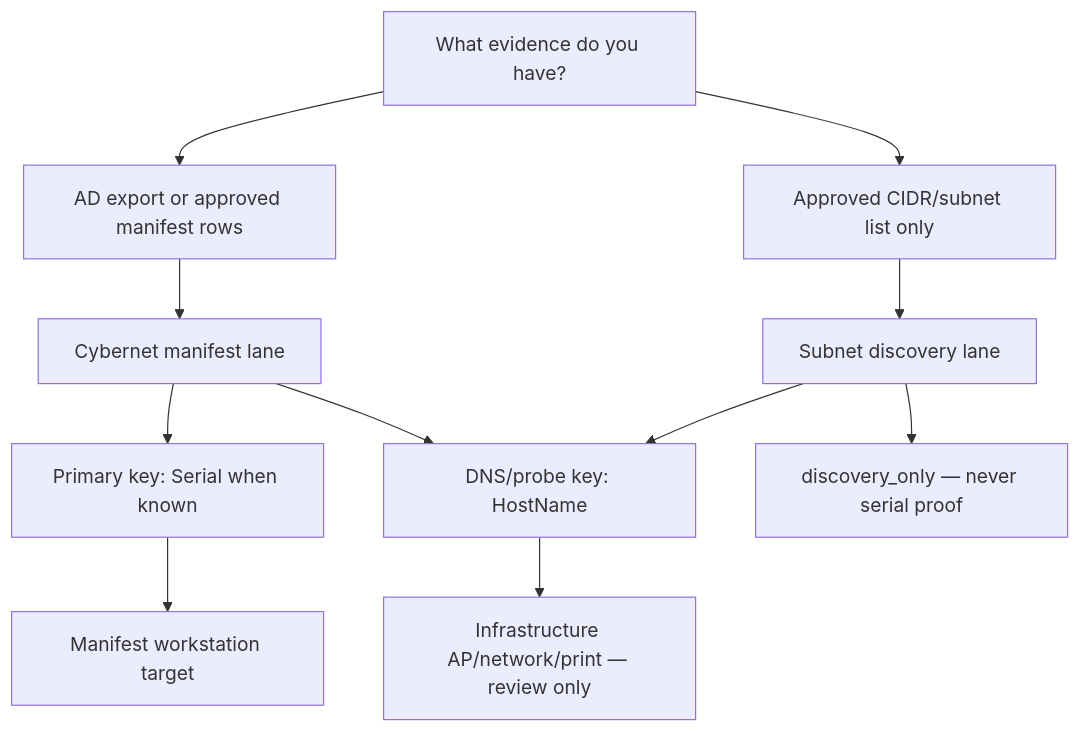
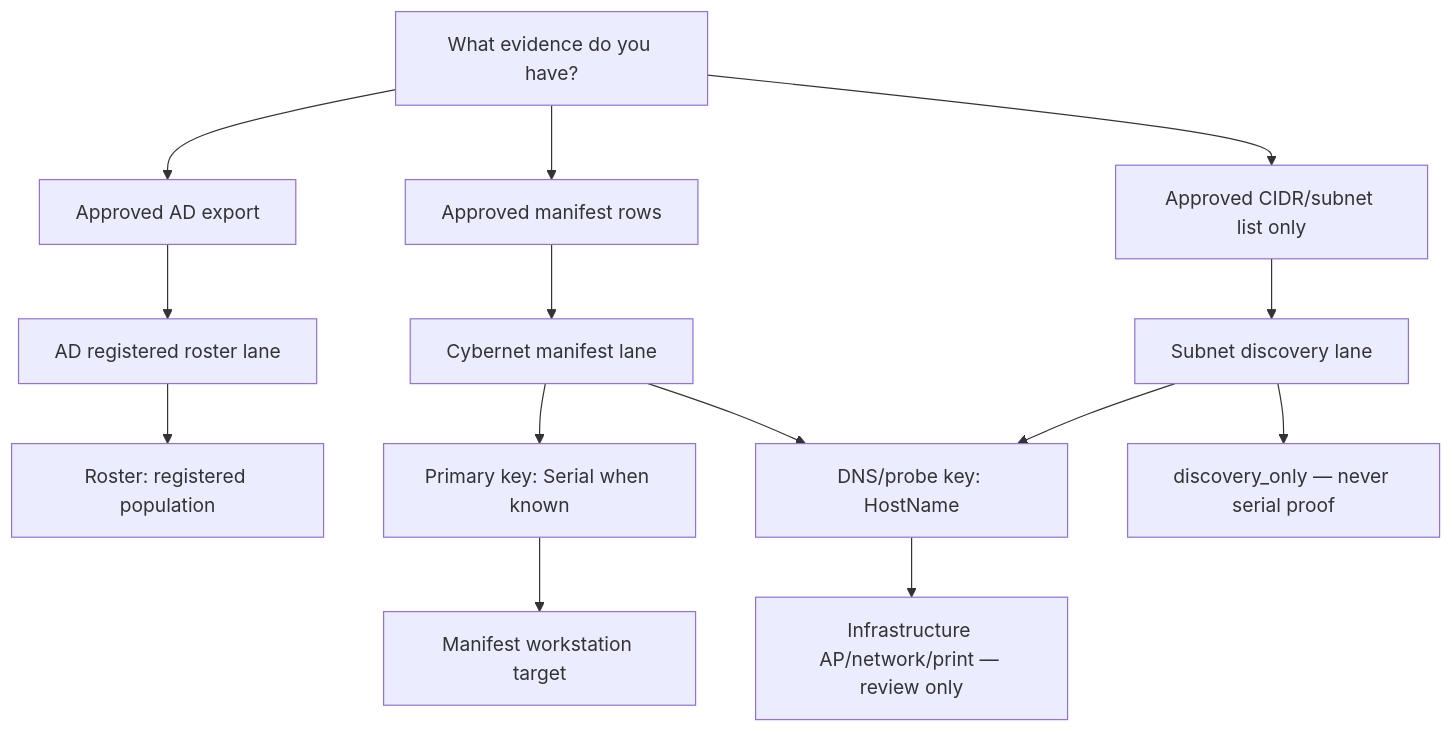
Before and after one commit to EndeavorEverlasting/SysAdminSuite: the diagram in docs/SURVEY_LANES.md, drawn with Mermaid. The commit also changed other lines of this file and 18 other files, not shown here.

First line of the commit message:
feat(ad): add registered population roster lane

````diff
--- a/docs/SURVEY_LANES.md
+++ b/docs/SURVEY_LANES.md
@@ -52,19 +65,24 @@
 ```mermaid
 flowchart TD
   start["What evidence do you have?"]
-  manifest["AD export or approved manifest rows"]
+  adExport["Approved AD export"]
+  manifest["Approved manifest rows"]
   subnet["Approved CIDR/subnet list only"]
+  rosterLane["AD registered roster lane"]
   cybernetLane["Cybernet manifest lane"]
   subnetLane["Subnet discovery lane"]
+  roster["Roster: registered population"]
   serialKey["Primary key: Serial when known"]
   hostKey["DNS/probe key: HostName"]
   infra["Infrastructure AP/network/print — review only"]
   target["Manifest workstation target"]
 
+  start --> adExport
+  adExport --> rosterLane --> roster
   start --> manifest
   start --> subnet
   manifest --> cybernetLane --> serialKey --> target
   cybernetLane --> hostKey
   subnet --> subnetLane --> hostKey --> infra
   subnetLane --> discovery["discovery_only — never serial proof"]
 ```
````
